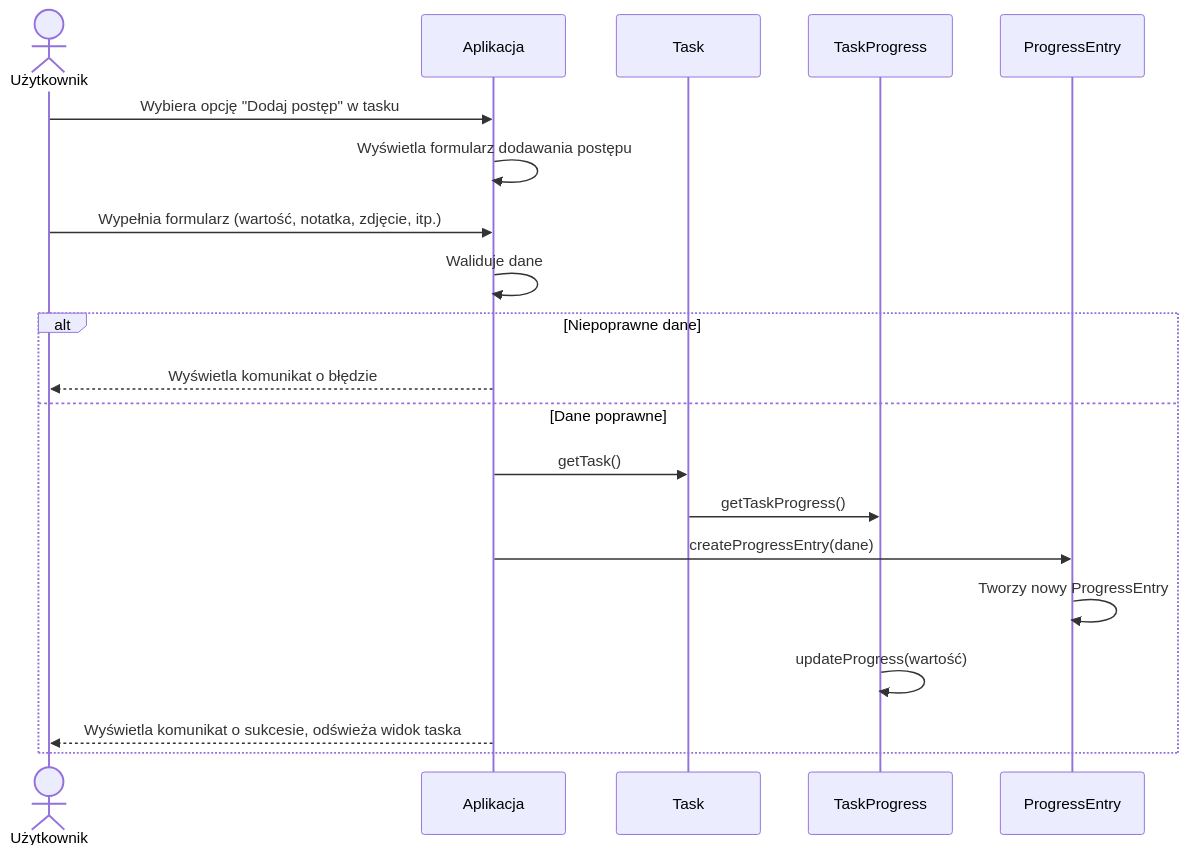
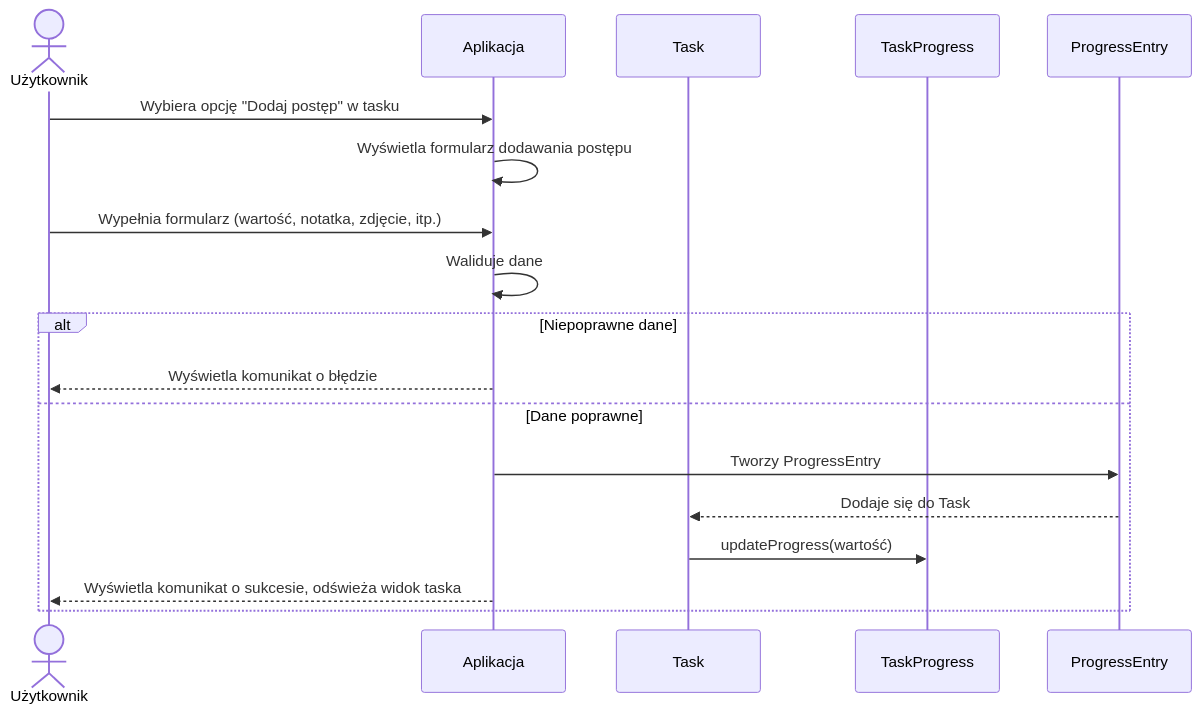
One commit to Tarnuchy/EggJob changed the diagram in docs/zadanie4/diagram-sekwencji-dodawania-progress-entry.md. Above: the diagram before and after it, drawn with Mermaid.

Commit message:
fix seq diag PE

````diff
--- a/docs/zadanie4/diagram-sekwencji-dodawania-progress-entry.md
+++ b/docs/zadanie4/diagram-sekwencji-dodawania-progress-entry.md
@@ -3,23 +3,21 @@
 ```mermaid
 sequenceDiagram
     actor U as Użytkownik
     participant UI as Aplikacja
     participant T as Task
     participant TP as TaskProgress
     participant PE as ProgressEntry
 
     U->>UI: Wybiera opcję "Dodaj postęp" w tasku
     UI->>UI: Wyświetla formularz dodawania postępu
     U->>UI: Wypełnia formularz (wartość, notatka, zdjęcie, itp.)
     UI->>UI: Waliduje dane
     alt Niepoprawne dane
         UI-->>U: Wyświetla komunikat o błędzie
     else Dane poprawne
-        UI->>T: getTask()
-        T->>TP: getTaskProgress()
-        UI->>PE: createProgressEntry(dane)
-        PE->>PE: Tworzy nowy ProgressEntry
-        TP->>TP: updateProgress(wartość)
+        UI->>PE: Tworzy ProgressEntry
+        PE-->>T: Dodaje się do Task
+        T->>TP: updateProgress(wartość)
         UI-->>U: Wyświetla komunikat o sukcesie, odświeża widok taska
     end
 ```
````
